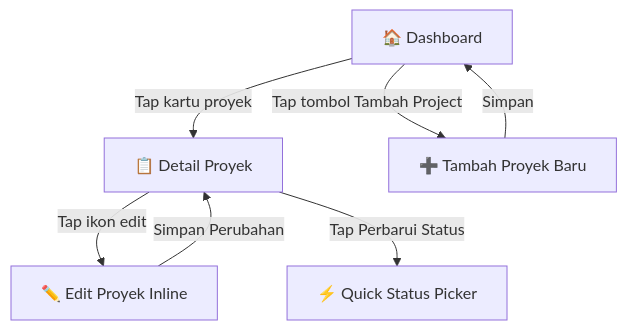
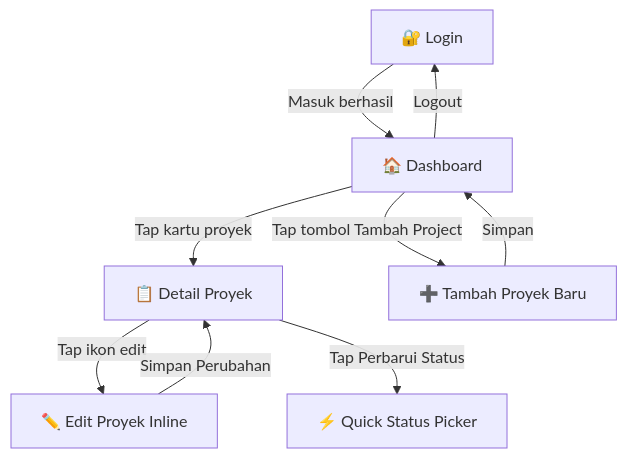
The diagram in documentation/USAGE.md (aldosebastian1/projectku-app), drawn with Mermaid before and after one commit. The commit also changed other lines of this file, not shown here.

Commit message:
Perbarui panduan penggunaan: tambahkan informasi login dan logout, serta perbaiki alur navigasi aplikasi

````diff
--- a/documentation/USAGE.md
+++ b/documentation/USAGE.md
@@ -9,9 +9,11 @@
 ```mermaid
 flowchart TD
-    A[🏠 Dashboard] -->|Tap kartu proyek| B[📋 Detail Proyek]
-    A -->|Tap tombol Tambah Project| C[➕ Tambah Proyek Baru]
-    B -->|Tap ikon edit| D[✏️ Edit Proyek Inline]
-    B -->|Tap Perbarui Status| E[⚡ Quick Status Picker]
-    C -->|Simpan| A
-    D -->|Simpan Perubahan| B
+    A[🔐 Login] -->|Masuk berhasil| B[🏠 Dashboard]
+    B -->|Tap kartu proyek| C[📋 Detail Proyek]
+    B -->|Tap tombol Tambah Project| D[➕ Tambah Proyek Baru]
+    C -->|Tap ikon edit| E[✏️ Edit Proyek Inline]
+    C -->|Tap Perbarui Status| F[⚡ Quick Status Picker]
+    D -->|Simpan| B
+    E -->|Simpan Perubahan| C
+    B -->|Logout| A
 ```
````
